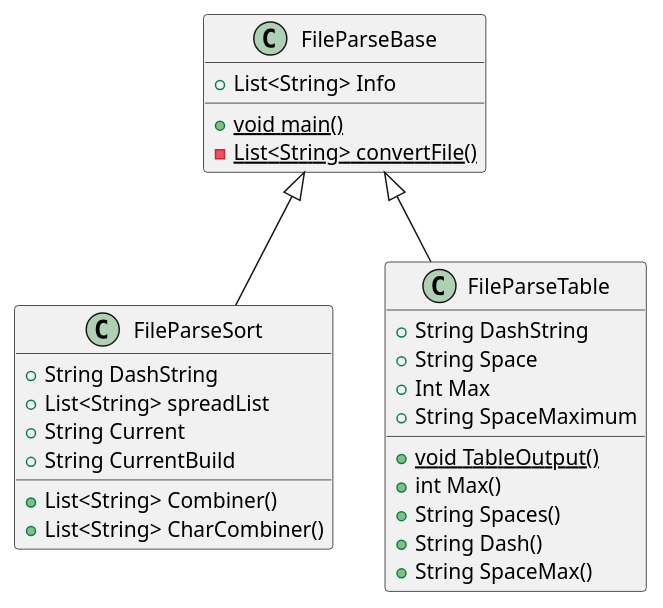
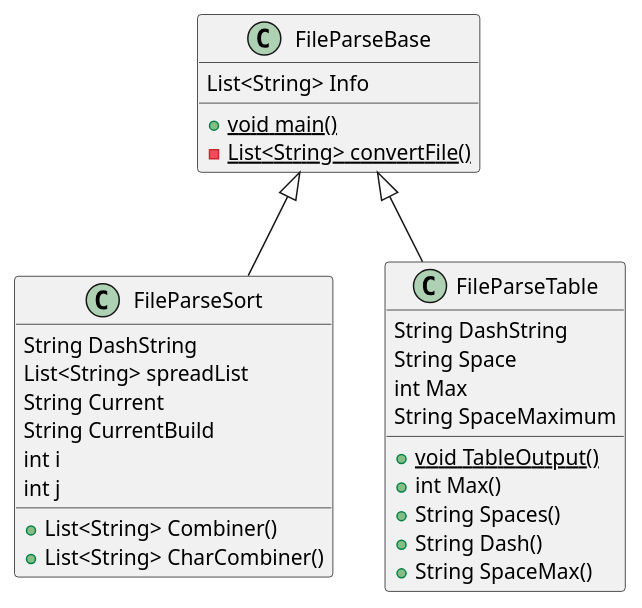
One commit to SmokeIce593/parrish-cop3330-assignment3 changed the diagram in docs/ex42.puml. Above: the diagram before and after it, drawn with PlantUML. The commit also changed 11 other files, not shown here.

```diff
--- a/docs/ex42.puml
+++ b/docs/ex42.puml
@@ -1,35 +1,37 @@
 @startuml
 'https://plantuml.com/class-diagram
 
 
 
 class FileParseSort{
     + List<String> Combiner()
     + List<String> CharCombiner()
-    + String DashString
-    + List<String> spreadList
-    + String Current
-    + String CurrentBuild
+      String DashString
+      List<String> spreadList
+      String Current
+      String CurrentBuild
+      int i
+      int j
 }
 
 class FileParseBase{
-   + List<String> Info
+     List<String> Info
    + {static} void main()
    - {static} List<String> convertFile()
 }
 
 class FileParseTable{
     + {static} void TableOutput()
     + int Max()
     + String Spaces()
     + String Dash()
     + String SpaceMax()
-    + String DashString
-    + String Space
-    + Int Max
-    + String SpaceMaximum
+      String DashString
+      String Space
+      int Max
+      String SpaceMaximum
 }
 FileParseBase <|-- FileParseSort
 FileParseBase <|-- FileParseTable
 
 @enduml
```
